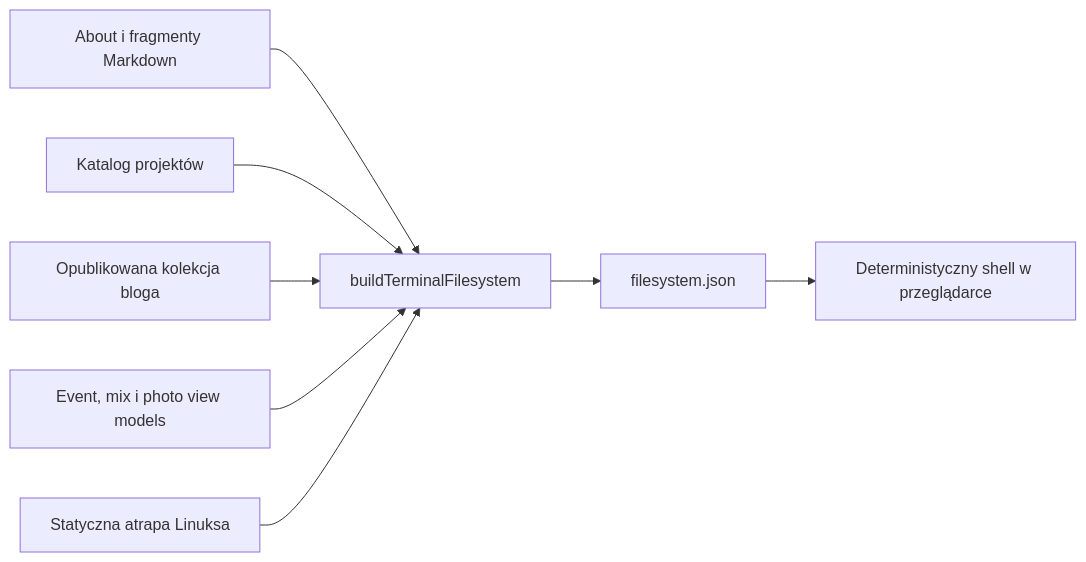
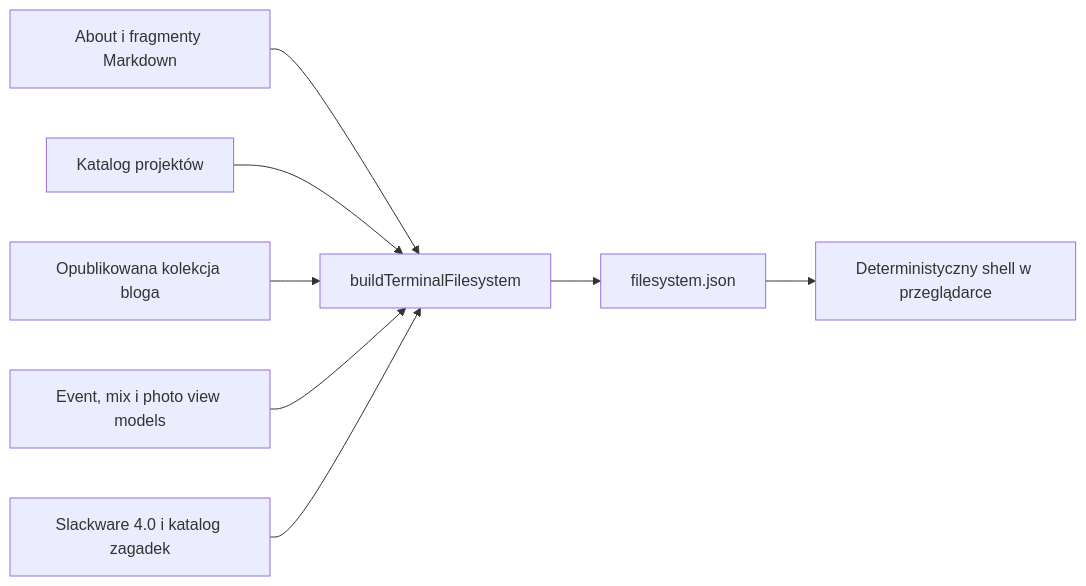
One commit to fmmaciej/fmmaciej-website changed the second of 2 diagrams in docs/terminal.md. Above: the diagram before and after it, drawn with Mermaid. The commit also changed other lines of this file and 35 other files, not shown here.

````diff
--- a/docs/terminal.md
+++ b/docs/terminal.md
@@ -109,10 +130,10 @@
 ```mermaid
 flowchart LR
     A[About i fragmenty Markdown] --> F[buildTerminalFilesystem]
     B[Katalog projektów] --> F
     C[Opublikowana kolekcja bloga] --> F
     D[Event, mix i photo view models] --> F
-    E[Statyczna atrapa Linuksa] --> F
+    E[Slackware 4.0 i katalog zagadek] --> F
     F --> G[filesystem.json]
     G --> H[Deterministyczny shell w przeglądarce]
 ```
````
